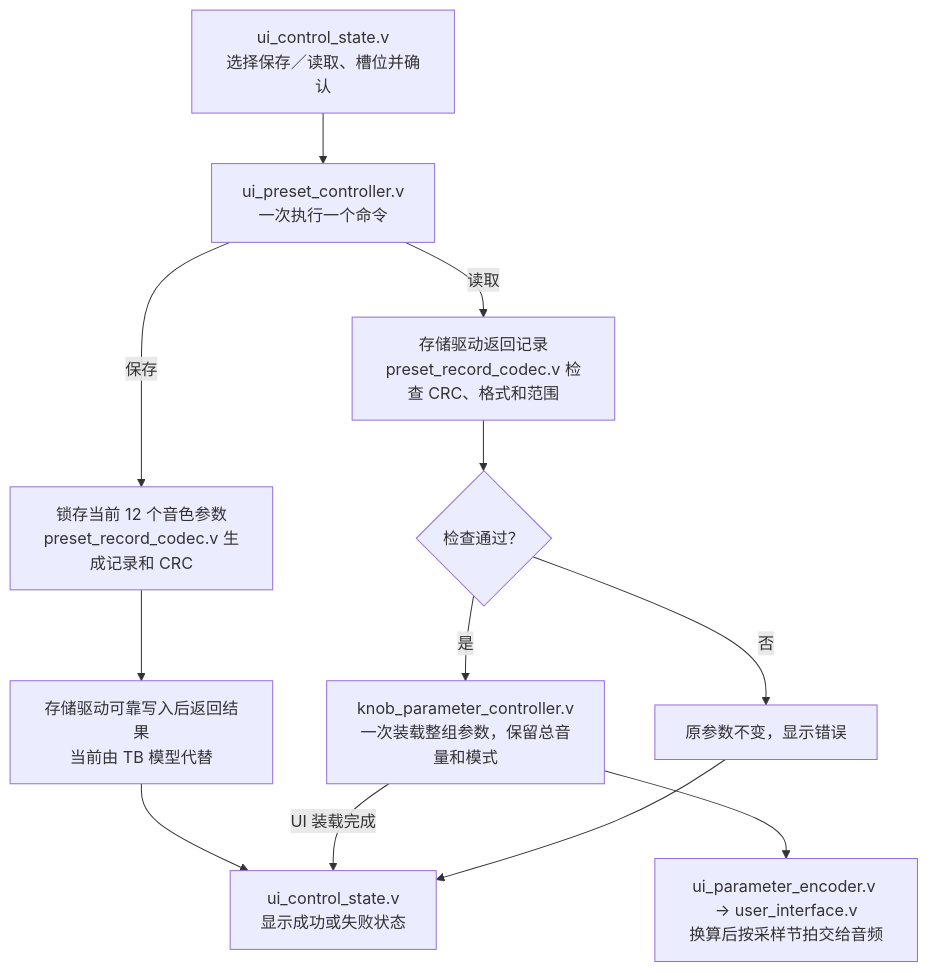
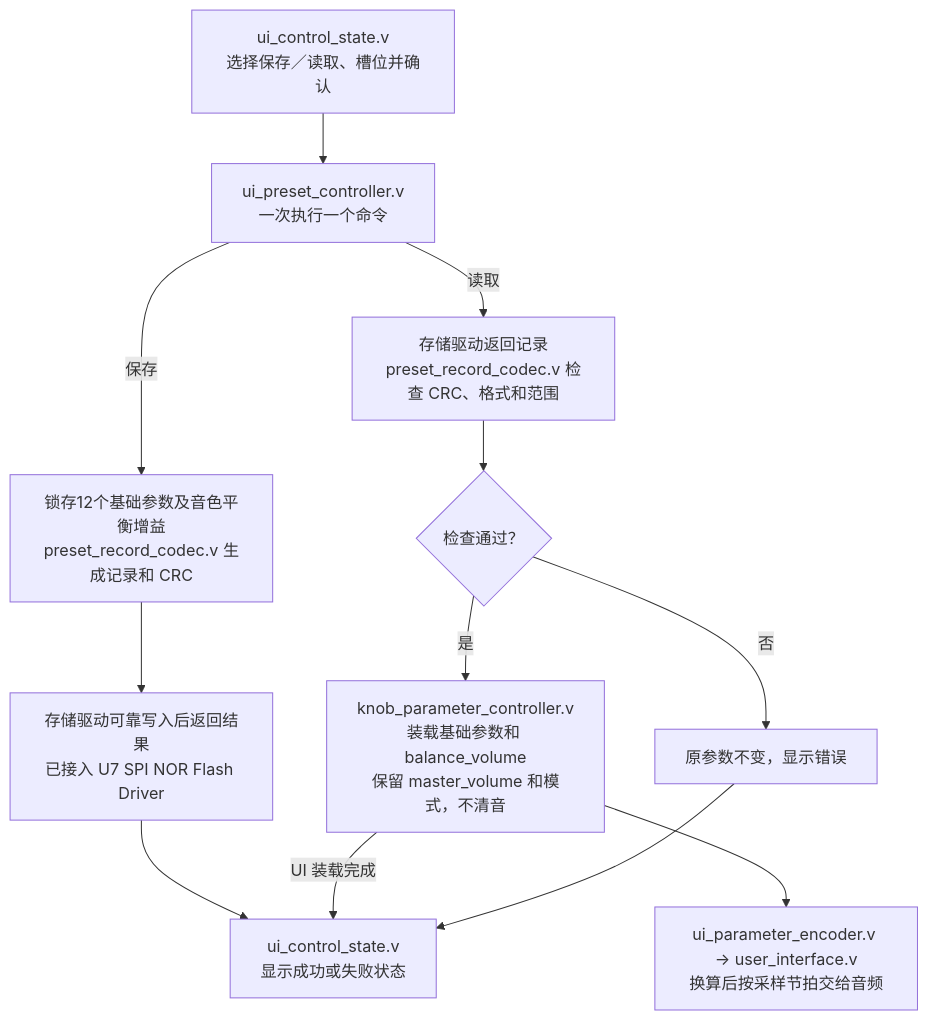
The second of 2 diagrams in docs/UI模块README.md (MaybeThready/MT-EMI), drawn with Mermaid before and after one commit. The commit also changed other lines of this file and 40 other files, not shown here.

````diff
--- a/docs/UI模块README.md
+++ b/docs/UI模块README.md
@@ -142,14 +146,14 @@
 ```mermaid
 flowchart TB
     MENU["ui_control_state.v<br/>选择保存／读取、槽位并确认"] --> CTRL["ui_preset_controller.v<br/>一次执行一个命令"]
-    CTRL -->|保存| SAVE["锁存当前 12 个音色参数<br/>preset_record_codec.v 生成记录和 CRC"]
-    SAVE --> WRITE["存储驱动可靠写入后返回结果<br/>当前由 TB 模型代替"]
+    CTRL -->|保存| SAVE["锁存12个基础参数及音色平衡增益<br/>preset_record_codec.v 生成记录和 CRC"]
+    SAVE --> WRITE["存储驱动可靠写入后返回结果<br/>已接入 U7 SPI NOR Flash Driver"]
     CTRL -->|读取| READ["存储驱动返回记录<br/>preset_record_codec.v 检查 CRC、格式和范围"]
     READ --> CHECK{检查通过？}
-    CHECK -->|是| APPLY["knob_parameter_controller.v<br/>一次装载整组参数，保留总音量和模式"]
+    CHECK -->|是| APPLY["knob_parameter_controller.v<br/>装载基础参数和 balance_volume<br/>保留 master_volume 和模式，不清音"]
     CHECK -->|否| FAIL["原参数不变，显示错误"]
     APPLY --> ENC["ui_parameter_encoder.v → user_interface.v<br/>换算后按采样节拍交给音频"]
     WRITE --> RESULT["ui_control_state.v<br/>显示成功或失败状态"]
     APPLY -->|UI 装载完成| RESULT
     FAIL --> RESULT
 ```
````
